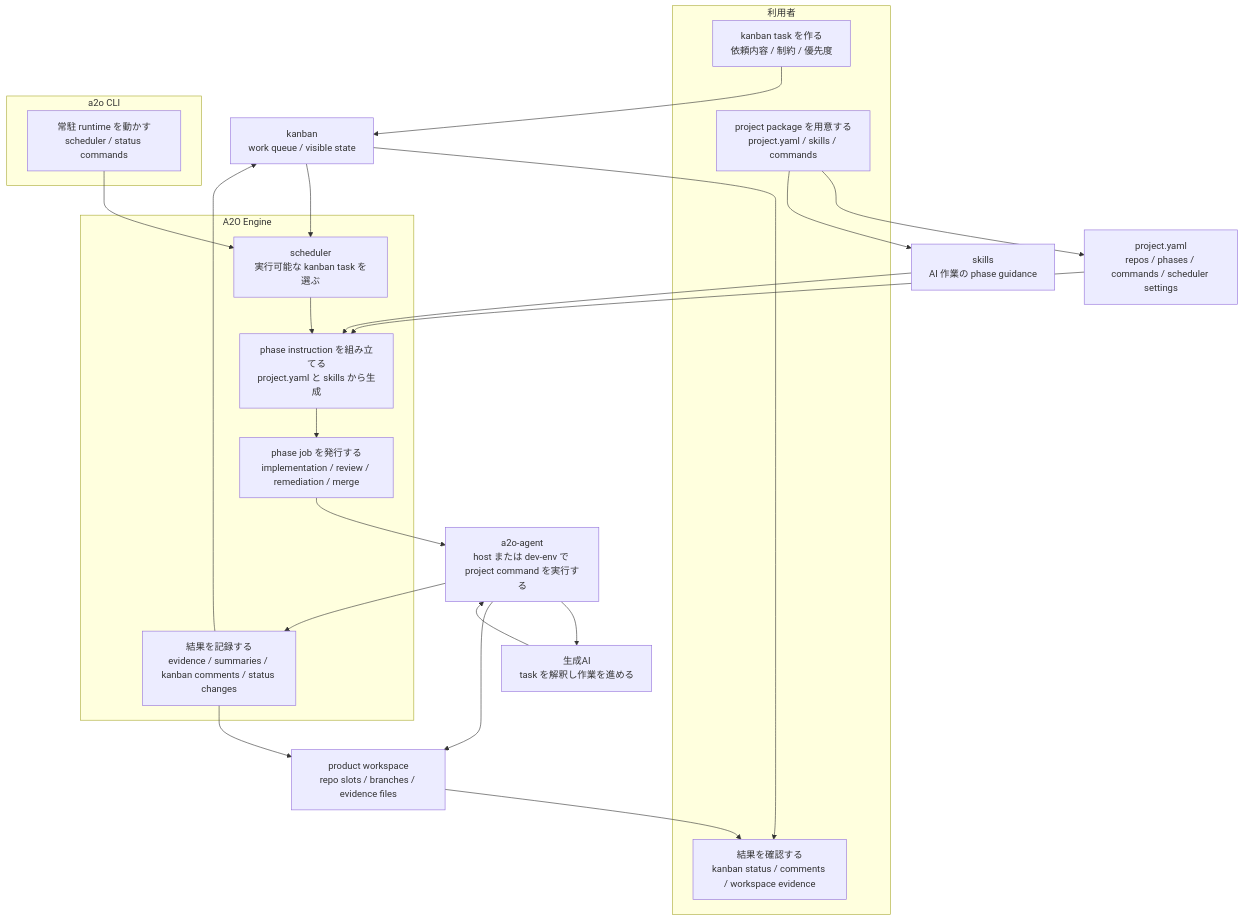
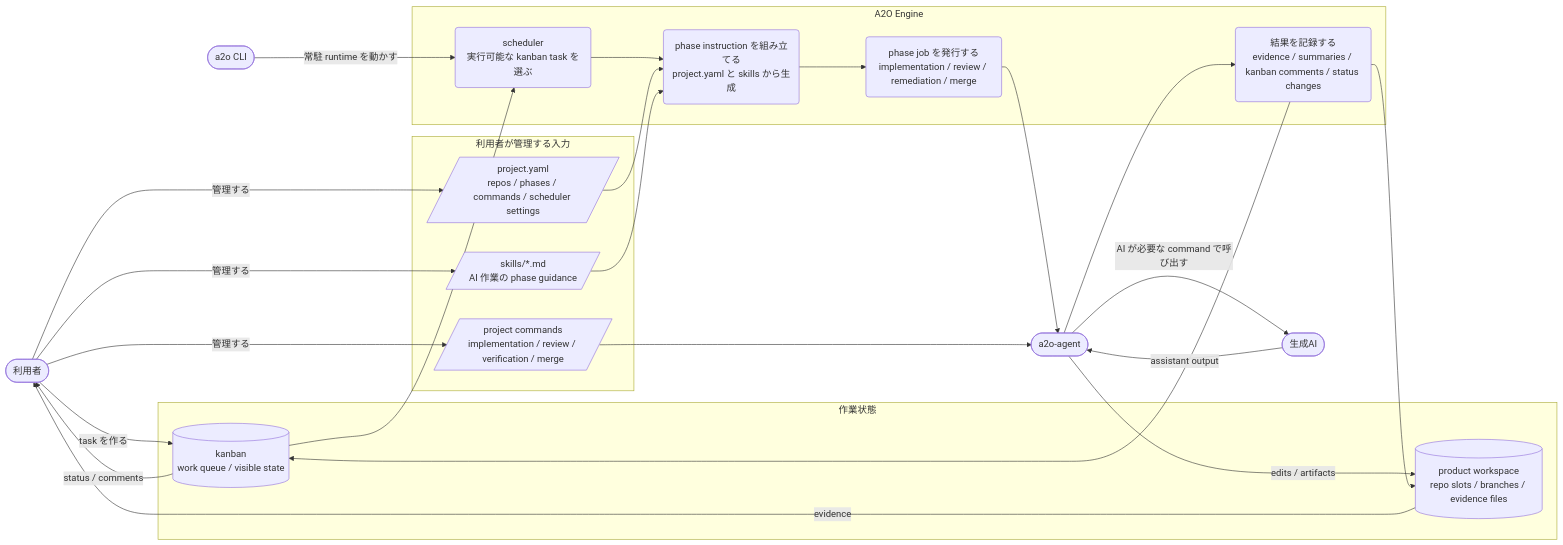
One commit to wamukat/a2o changed the diagram in docs/ja/dev/00-design-map.md. Above: the diagram before and after it, drawn with Mermaid. The commit also changed 1 other file, not shown here.

Commit message:
A2O#86 Improve architecture diagram semantics

````diff
--- a/docs/ja/dev/00-design-map.md
+++ b/docs/ja/dev/00-design-map.md
@@ -14,45 +14,46 @@
 ```mermaid
-flowchart TB
-  subgraph User["利用者"]
-    Task["kanban task を作る\n依頼内容 / 制約 / 優先度"]
-    Package["project package を用意する\nproject.yaml / skills / commands"]
-    Observe["結果を確認する\nkanban status / comments / workspace evidence"]
+flowchart LR
+  User([利用者])
+  CLI([a2o CLI])
+  Agent([a2o-agent])
+  AI([生成AI])
+
+  subgraph Inputs["利用者が管理する入力"]
+    ProjectYaml[/project.yaml\nrepos / phases / commands / scheduler settings/]
+    Skills[/skills/*.md\nAI 作業の phase guidance/]
+    Commands[/project commands\nimplementation / review / verification / merge/]
   end
 
-  subgraph CLI["a2o CLI"]
-    Runtime["常駐 runtime を動かす\nscheduler / status commands"]
+  subgraph Work["作業状態"]
+    Kanban[(kanban\nwork queue / visible state)]
+    Workspace[(product workspace\nrepo slots / branches / evidence files)]
   end
 
   subgraph Engine["A2O Engine"]
-    Scheduler["scheduler\n実行可能な kanban task を選ぶ"]
-    Plan["phase instruction を組み立てる\nproject.yaml と skills から生成"]
-    Execute["phase job を発行する\nimplementation / review / remediation / merge"]
-    Report["結果を記録する\nevidence / summaries / kanban comments / status changes"]
+    Scheduler(scheduler\n実行可能な kanban task を選ぶ)
+    Plan(phase instruction を組み立てる\nproject.yaml と skills から生成)
+    Publish(phase job を発行する\nimplementation / review / remediation / merge)
+    Report(結果を記録する\nevidence / summaries / kanban comments / status changes)
   end
 
-  Agent["a2o-agent\nhost または dev-env で project command を実行する"]
-  AI["生成AI\ntask を解釈し作業を進める"]
-  Kanban["kanban\nwork queue / visible state"]
-  ProjectYaml["project.yaml\nrepos / phases / commands / scheduler settings"]
-  Skills["skills\nAI 作業の phase guidance"]
-  Workspace["product workspace\nrepo slots / branches / evidence files"]
-
-  Task --> Kanban
-  Package --> ProjectYaml
-  Package --> Skills
-  Runtime --> Scheduler
+  User -->|"task を作る"| Kanban
+  User -->|"管理する"| ProjectYaml
+  User -->|"管理する"| Skills
+  User -->|"管理する"| Commands
+  CLI -->|"常駐 runtime を動かす"| Scheduler
   Kanban --> Scheduler
   Scheduler --> Plan
   ProjectYaml --> Plan
   Skills --> Plan
-  Plan --> Execute
-  Execute --> Agent
-  Agent --> AI
-  AI --> Agent
-  Agent --> Workspace
+  Plan --> Publish
+  Publish --> Agent
+  Commands --> Agent
+  Agent -->|"AI が必要な command で呼び出す"| AI
+  AI -->|"assistant output"| Agent
+  Agent -->|"edits / artifacts"| Workspace
   Agent --> Report
   Report --> Workspace
   Report --> Kanban
-  Kanban --> Observe
-  Workspace --> Observe
+  Kanban -->|"status / comments"| User
+  Workspace -->|"evidence"| User
 ```
````
